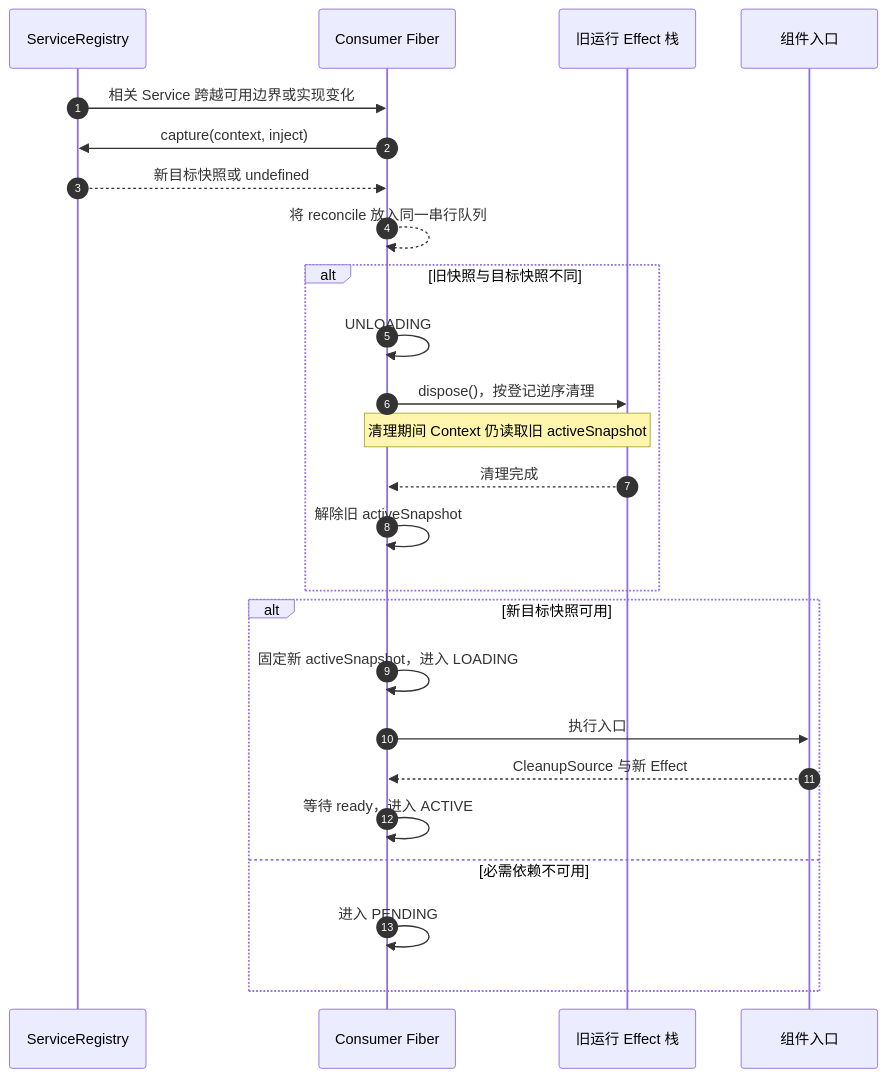
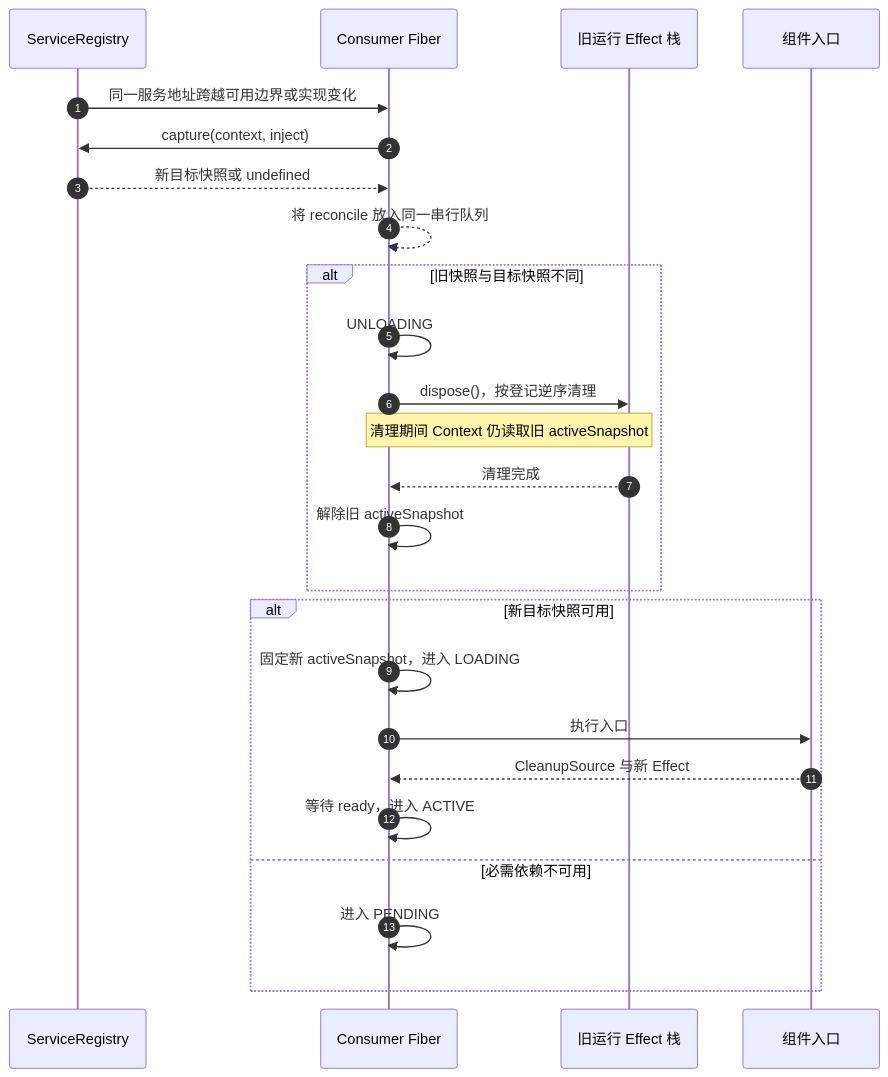
One commit to fanfan-de/NyaCore changed the sixth of 7 diagrams in docs/architecture.md. Above: the diagram before and after it, drawn with Mermaid. The commit also changed other lines of this file and 13 other files, not shown here.

````diff
--- a/docs/architecture.md
+++ b/docs/architecture.md
@@ -239,30 +239,30 @@
 ```mermaid
 sequenceDiagram
     autonumber
     participant Services as ServiceRegistry
     participant Fiber as Consumer Fiber
     participant OldEffects as 旧运行 Effect 栈
     participant Entry as 组件入口
 
-    Services->>Fiber: 相关 Service 跨越可用边界或实现变化
+    Services->>Fiber: 同一服务地址跨越可用边界或实现变化
     Fiber->>Services: capture(context, inject)
     Services-->>Fiber: 新目标快照或 undefined
     Fiber-->>Fiber: 将 reconcile 放入同一串行队列
 
     alt 旧快照与目标快照不同
         Fiber->>Fiber: UNLOADING
         Fiber->>OldEffects: dispose()，按登记逆序清理
         Note over Fiber,OldEffects: 清理期间 Context 仍读取旧 activeSnapshot
         OldEffects-->>Fiber: 清理完成
         Fiber->>Fiber: 解除旧 activeSnapshot
     end
 
     alt 新目标快照可用
         Fiber->>Fiber: 固定新 activeSnapshot，进入 LOADING
         Fiber->>Entry: 执行入口
         Entry-->>Fiber: CleanupSource 与新 Effect
         Fiber->>Fiber: 等待 ready，进入 ACTIVE
     else 必需依赖不可用
         Fiber->>Fiber: 进入 PENDING
     end
 ```
````
